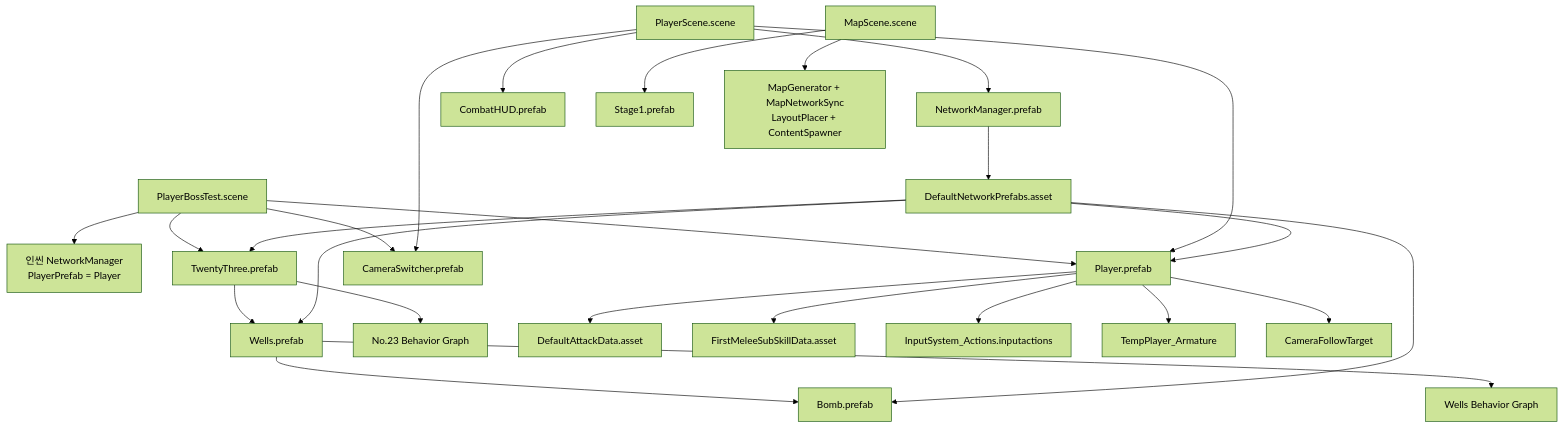
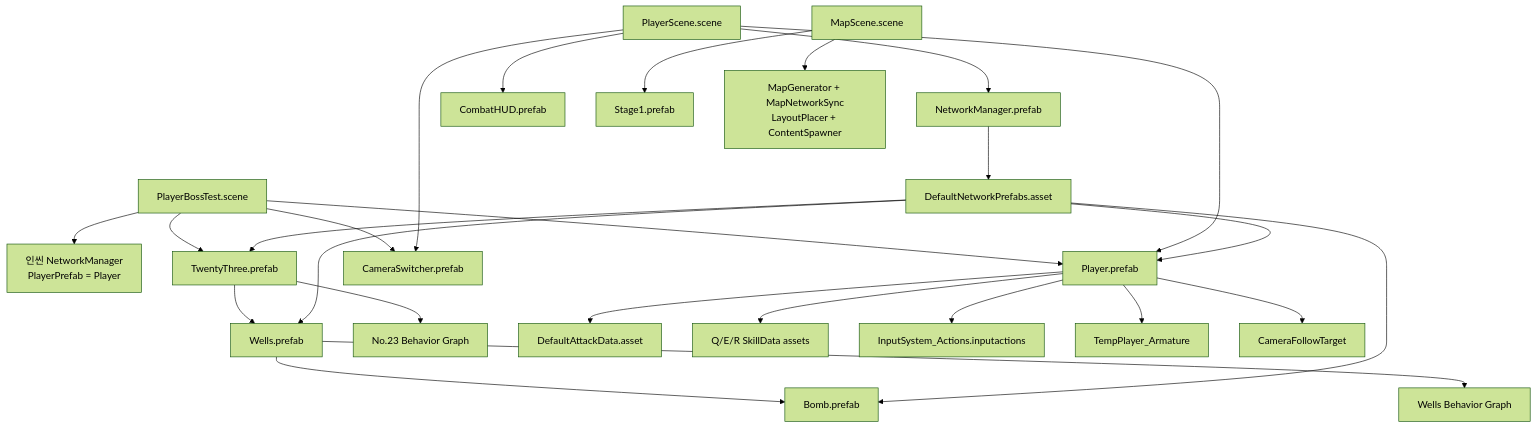
The fourth of 33 diagrams in Docs/tech/game-structure-uml.md (Fujino-Tatsuya/MainProject), drawn with Mermaid (forest theme) before and after one commit. The commit also changed other lines of this file and 20 other files, not shown here.

````diff
--- a/Docs/tech/game-structure-uml.md
+++ b/Docs/tech/game-structure-uml.md
@@ -141,32 +142,32 @@
 ```mermaid
 flowchart TB
     PB["PlayerBossTest.scene"] --> NMTest["인씬 NetworkManager\nPlayerPrefab = Player"]
     PB --> PlayerP["Player.prefab"]
     PB --> BossP["TwentyThree.prefab"]
     PB --> CamSwitch["CameraSwitcher.prefab"]
 
     PlayerScene["PlayerScene.scene"] --> NetworkManagerP["NetworkManager.prefab"]
     PlayerScene --> PlayerP
     PlayerScene --> Hud["CombatHUD.prefab"]
     PlayerScene --> CamSwitch
 
     MapScene["MapScene.scene"] --> Stage1["Stage1.prefab"]
     MapScene --> MapRuntime["MapGenerator + MapNetworkSync\nLayoutPlacer + ContentSpawner"]
 
     BossP --> Wells["Wells.prefab"]
     BossP --> No23Graph["No.23 Behavior Graph"]
     Wells --> Bomb["Bomb.prefab"]
     Wells --> WellsGraph["Wells Behavior Graph"]
 
     PlayerP --> AttackSO["DefaultAttackData.asset"]
-    PlayerP --> SkillSO["FirstMeleeSubSkillData.asset"]
+    PlayerP --> SkillSO["Q/E/R SkillData assets"]
     PlayerP --> InputActions["InputSystem_Actions.inputactions"]
     PlayerP --> Armature["TempPlayer_Armature"]
     PlayerP --> Follow["CameraFollowTarget"]
 
     NetworkManagerP --> PrefabList["DefaultNetworkPrefabs.asset"]
     PrefabList --> PlayerP
     PrefabList --> BossP
     PrefabList --> Wells
     PrefabList --> Bomb
 ```
````
